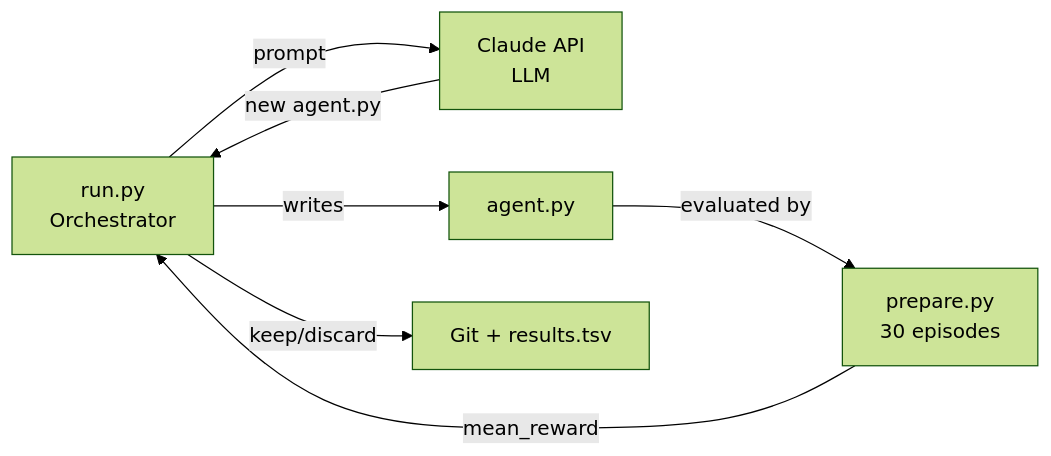
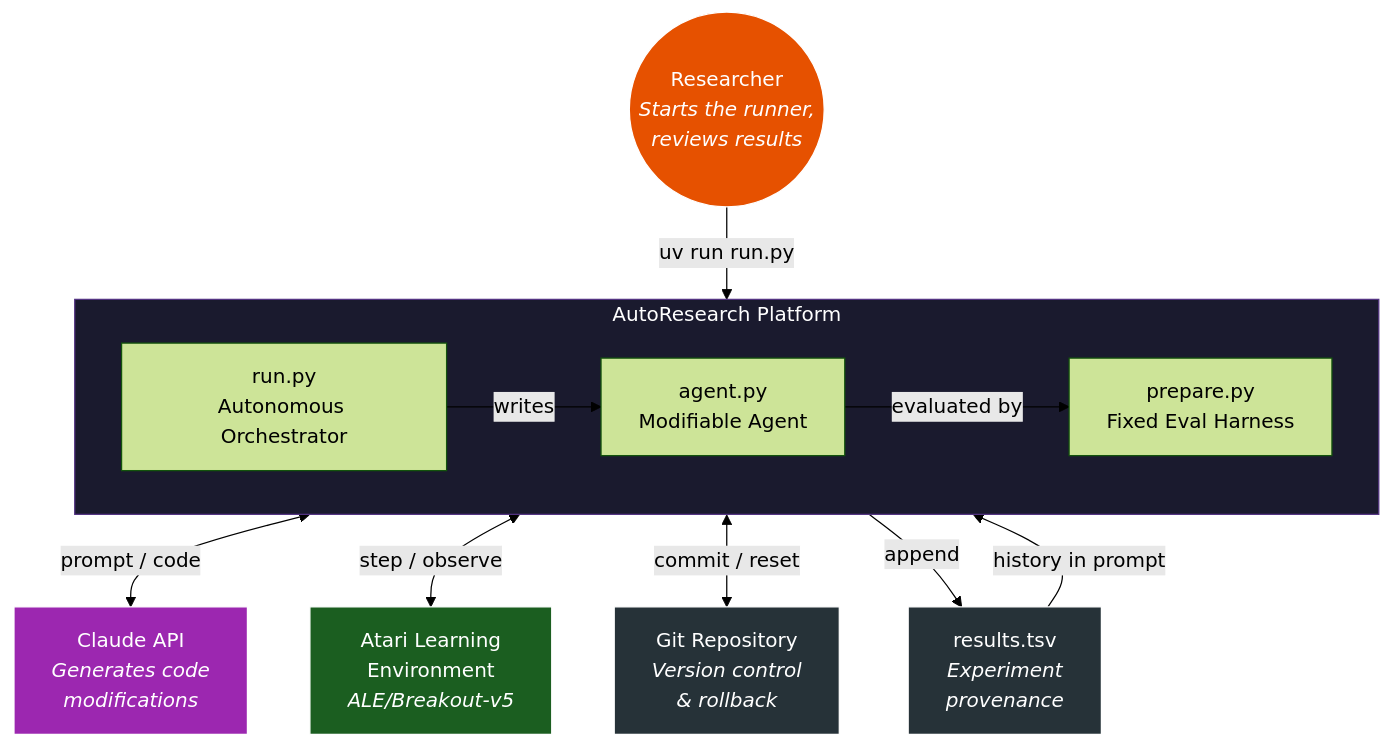
One commit to shehabyasser-scale/autoresearch-hack changed the first of 21 diagrams in atari/README.md. Above: the diagram before and after it, drawn with Mermaid (forest theme). The commit also changed other lines of this file and 2 other files, not shown here.

First line of the commit message:
feat: auto-record gameplay videos on kept experiments + merge architecture docs into atari README

````diff
--- a/atari/README.md
+++ b/atari/README.md
@@ -11,9 +213,32 @@
 ```mermaid
-graph LR
-    A["run.py<br/>Orchestrator"] -->|"prompt"| B["Claude API<br/>LLM"]
-    B -->|"new agent.py"| A
-    A -->|"writes"| C["agent.py"]
-    C -->|"evaluated by"| D["prepare.py<br/>30 episodes"]
-    D -->|"mean_reward"| A
-    A -->|"keep/discard"| E["Git + results.tsv"]
+graph TB
+    USER(("Researcher<br/><i>Starts the runner,<br/>reviews results</i>"))
+
+    subgraph AUTORESEARCH["AutoResearch Platform"]
+        direction LR
+        RUNNER["run.py<br/>Autonomous Orchestrator"]
+        AGENT["agent.py<br/>Modifiable Agent"]
+        HARNESS["prepare.py<br/>Fixed Eval Harness"]
+    end
+
+    LLM["Claude API<br/><i>Generates code<br/>modifications</i>"]
+    ALE["Atari Learning<br/>Environment<br/><i>ALE/Breakout-v5</i>"]
+    GIT["Git Repository<br/><i>Version control<br/>& rollback</i>"]
+    LOG["results.tsv<br/><i>Experiment<br/>provenance</i>"]
+
+    USER -->|"uv run run.py"| RUNNER
+    RUNNER <-->|"prompt / code"| LLM
+    RUNNER -->|"writes"| AGENT
+    AGENT -->|"evaluated by"| HARNESS
+    HARNESS <-->|"step / observe"| ALE
+    RUNNER <-->|"commit / reset"| GIT
+    RUNNER -->|"append"| LOG
+    LOG -->|"history in prompt"| RUNNER
+
+    style AUTORESEARCH fill:#1a1a2e,stroke:#533483,color:#fff
+    style LLM fill:#9C27B0,stroke:#fff,color:#fff
+    style ALE fill:#1B5E20,stroke:#fff,color:#fff
+    style GIT fill:#263238,stroke:#fff,color:#fff
+    style LOG fill:#263238,stroke:#fff,color:#fff
+    style USER fill:#E65100,stroke:#fff,color:#fff
 ```
````
